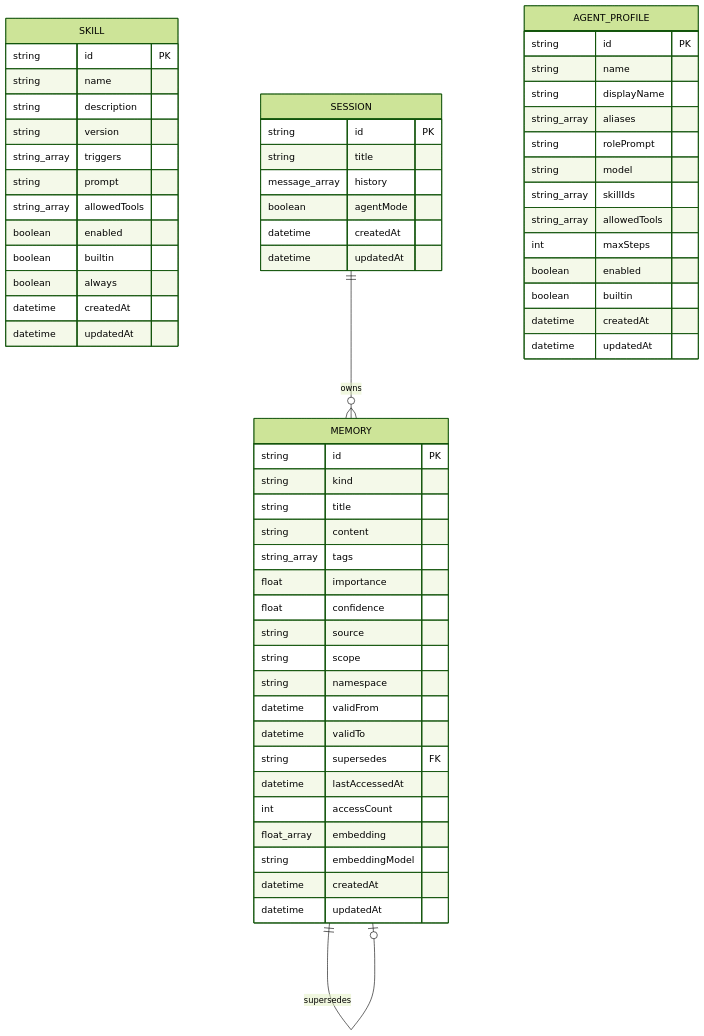
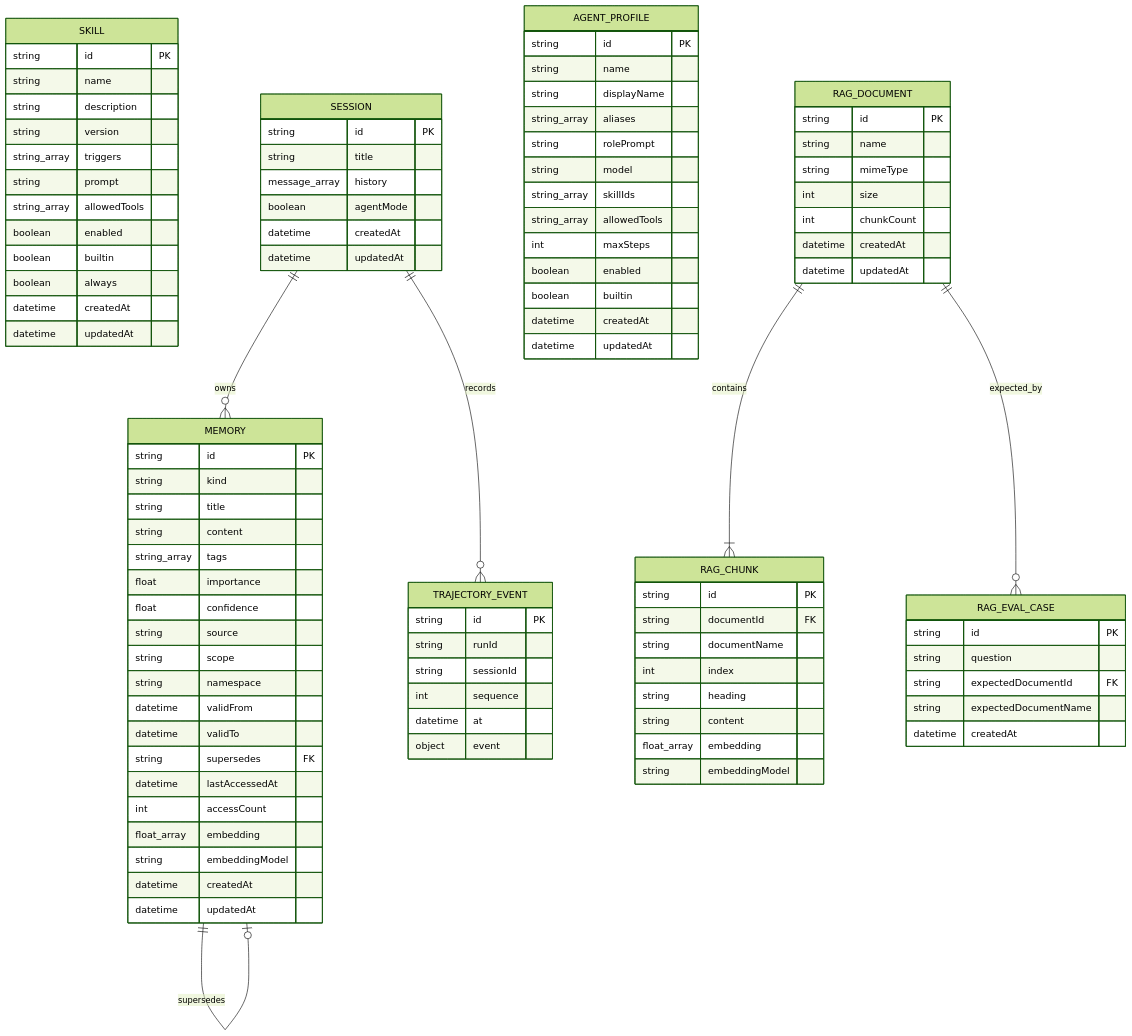
Diagram 15 of 17 in ARCHITECTURE.md (lijiajia96/llm-local), drawn with Mermaid (forest theme) before and after one commit. The commit also changed other lines of this file and 28 other files, not shown here.

````diff
--- a/ARCHITECTURE.md
+++ b/ARCHITECTURE.md
@@ -667,6 +776,47 @@
         datetime updatedAt
     }
 
+    TRAJECTORY_EVENT {
+        string id PK
+        string runId
+        string sessionId
+        int sequence
+        datetime at
+        object event
+    }
+
+    RAG_DOCUMENT {
+        string id PK
+        string name
+        string mimeType
+        int size
+        int chunkCount
+        datetime createdAt
+        datetime updatedAt
+    }
+
+    RAG_CHUNK {
+        string id PK
+        string documentId FK
+        string documentName
+        int index
+        string heading
+        string content
+        float_array embedding
+        string embeddingModel
+    }
+
+    RAG_EVAL_CASE {
+        string id PK
+        string question
+        string expectedDocumentId FK
+        string expectedDocumentName
+        datetime createdAt
+    }
+
     SESSION ||--o{ MEMORY : owns
+    SESSION ||--o{ TRAJECTORY_EVENT : records
     MEMORY ||--o| MEMORY : supersedes
+    RAG_DOCUMENT ||--|{ RAG_CHUNK : contains
+    RAG_DOCUMENT ||--o{ RAG_EVAL_CASE : expected_by
 ```
````
